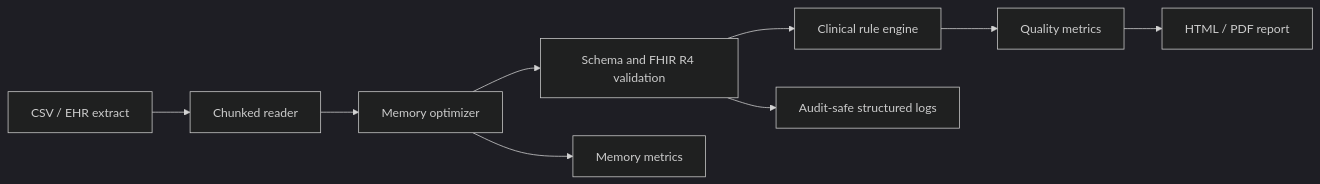
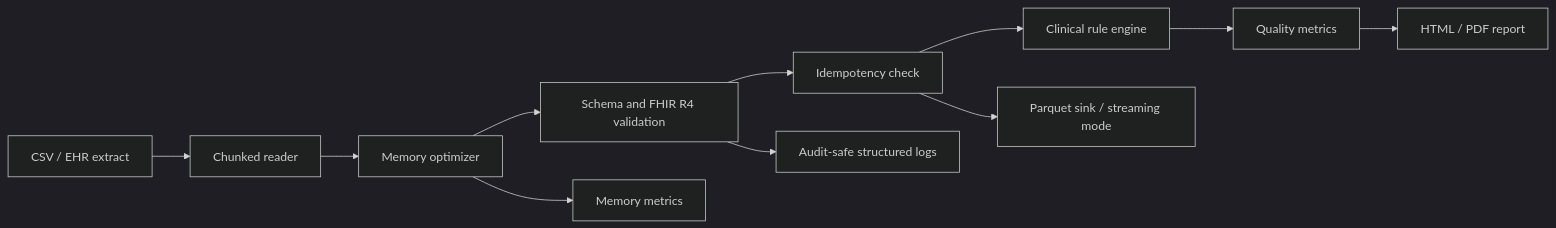
Before and after one commit to yk-dev-health/clinical-data-quality-analysis: the first of 2 diagrams in README.md, drawn with Mermaid (dark theme). The commit also changed other lines of this file and 1 other file, not shown here.

First line of the commit message:
Document schema validation, streaming, idempotency, and the worker contract

````diff
--- a/README.md
+++ b/README.md
@@ -11,12 +11,14 @@
 ```mermaid
 
 flowchart LR
 	A[CSV / EHR extract] --> B[Chunked reader]
 	B --> C[Memory optimizer]
 	C --> D[Schema and FHIR R4 validation]
-	D --> E[Clinical rule engine]
+	D --> J[Idempotency check]
+	J --> E[Clinical rule engine]
 	E --> F[Quality metrics]
 	F --> G[HTML / PDF report]
+	J --> K[Parquet sink / streaming mode]
 	D --> H[Audit-safe structured logs]
 	C --> I[Memory metrics]
 ```
````
